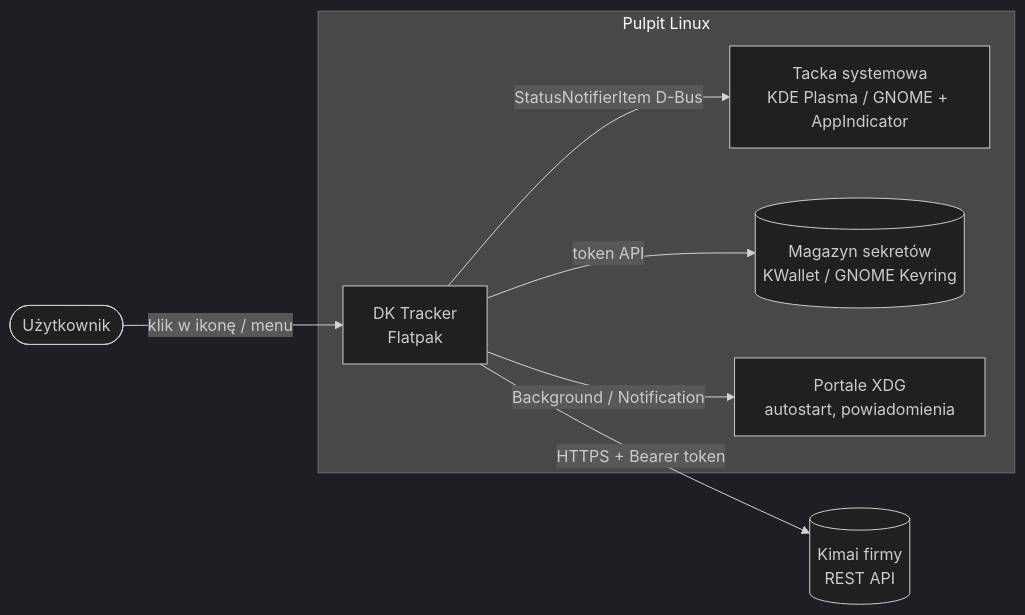
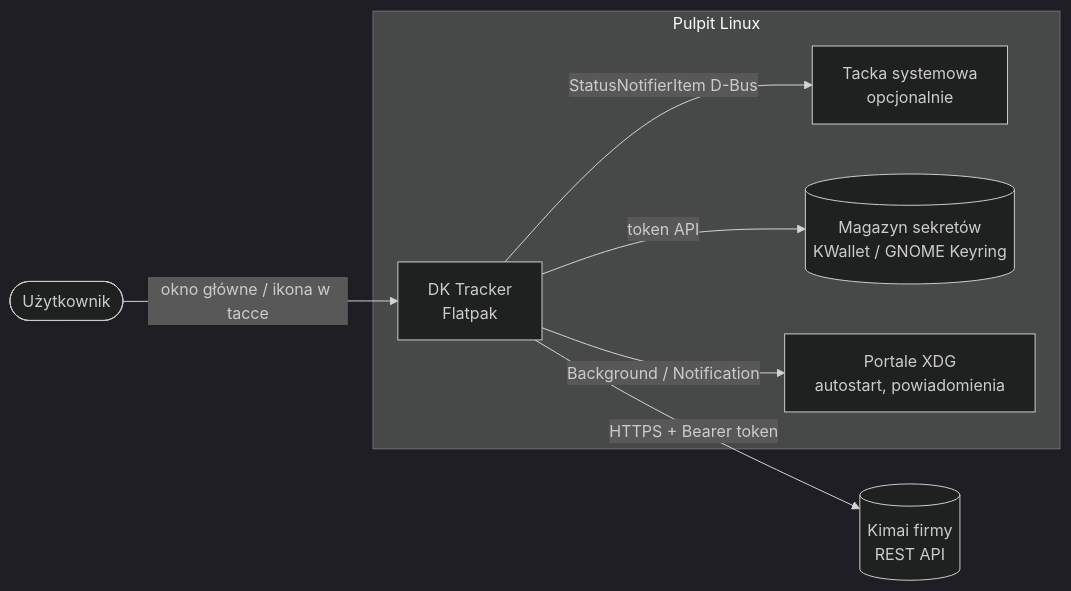
One commit to DragonKing026/DK-Tracker-Linux changed the second of 2 diagrams in docs/architektura/przeglad.md. Above: the diagram before and after it, drawn with Mermaid (dark theme). The commit also changed other lines of this file and 5 other files, not shown here.

First line of the commit message:
docs: przegląd, indeks, architektura i AGENTS.md — okno główne w centrum, tacka jako szybki dostęp

````diff
--- a/docs/architektura/przeglad.md
+++ b/docs/architektura/przeglad.md
@@ -37,14 +66,14 @@
 ```mermaid
 flowchart LR
-    U([Użytkownik]) -- klik w ikonę / menu --> APP
+    U([Użytkownik]) -- okno główne / ikona w tacce --> APP
     subgraph Pulpit Linux
-        TRAY[Tacka systemowa<br/>KDE Plasma / GNOME + AppIndicator]
         APP[DK Tracker<br/>Flatpak]
+        TRAY[Tacka systemowa<br/>opcjonalnie]
         SEC[(Magazyn sekretów<br/>KWallet / GNOME Keyring)]
         PORT[Portale XDG<br/>autostart, powiadomienia]
     end
     APP -- StatusNotifierItem D-Bus --> TRAY
     APP -- token API --> SEC
     APP -- Background / Notification --> PORT
     APP -- HTTPS + Bearer token --> KIMAI[(Kimai firmy<br/>REST API)]
 ```
````
